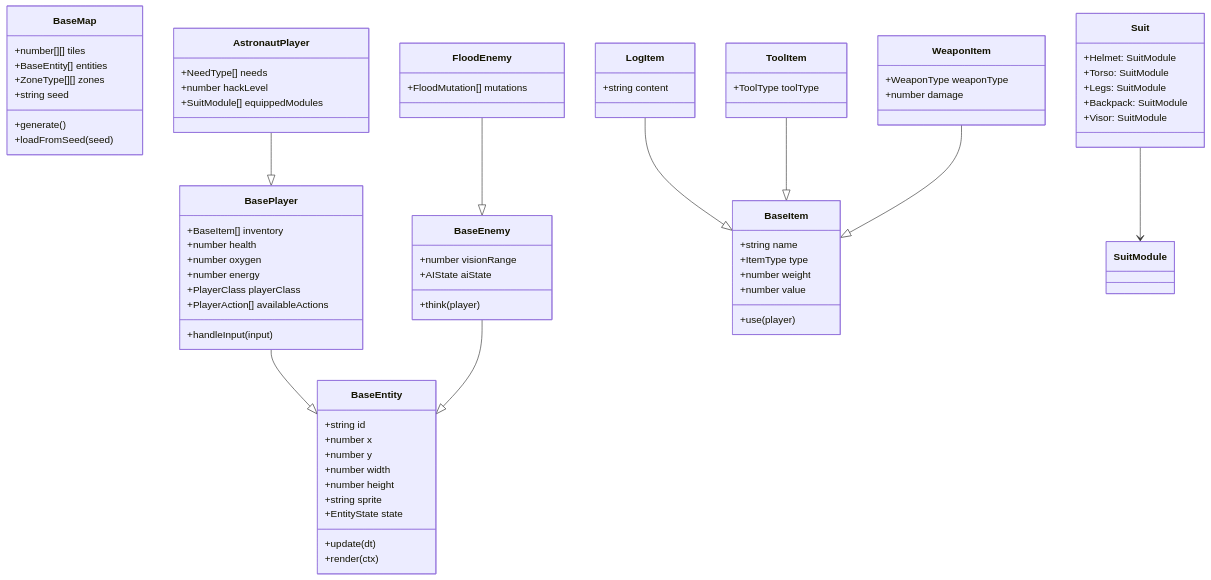
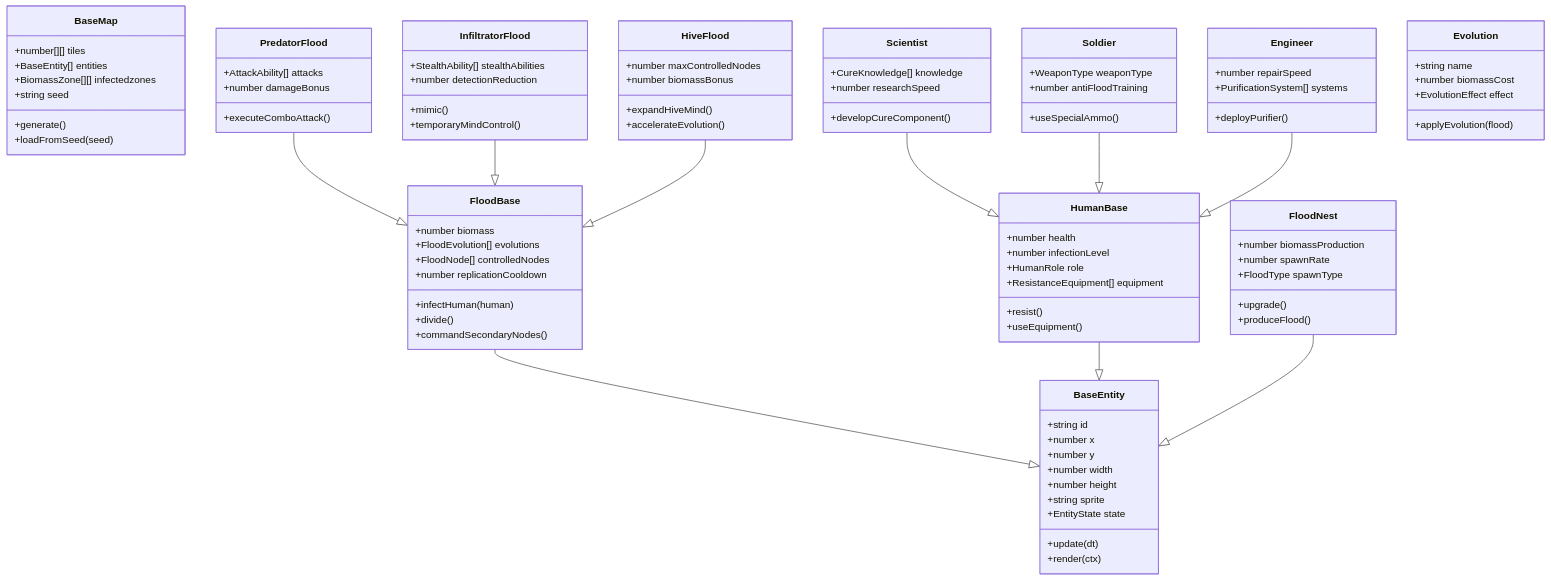
One commit to MAAN-STUDIOS/base-human-edition changed the first of 2 diagrams in README.md. Above: the diagram before and after it, drawn with Mermaid. The commit also changed other lines of this file and 1 other file, not shown here.

````diff
--- a/README.md
+++ b/README.md
@@ -370,5 +297,4 @@
 ```mermaid
-
 classDiagram
     class BaseEntity {
         +string id
@@ -382,79 +308,94 @@
         +render(ctx)
     }
 
-    class BasePlayer {
-        +BaseItem[] inventory
-        +number health
-        +number oxygen
-        +number energy
-        +PlayerClass playerClass
-        +PlayerAction[] availableActions
-        +handleInput(input)
+    class FloodBase {
+        +number biomass
+        +FloodEvolution[] evolutions
+        +FloodNode[] controlledNodes
+        +number replicationCooldown
+        +infectHuman(human)
+        +divide()
+        +commandSecondaryNodes()
     }
 
-    class BaseEnemy {
-        +number visionRange
-        +AIState aiState
-        +think(player)
+    class HumanBase {
+        +number health
+        +number infectionLevel
+        +HumanRole role
+        +ResistanceEquipment[] equipment
+        +resist()
+        +useEquipment()
     }
 
     class BaseMap {
         +number[][] tiles
         +BaseEntity[] entities
-        +ZoneType[][] zones
+        +BiomassZone[][] infectedzones
         +string seed
         +generate()
         +loadFromSeed(seed)
     }
 
-    class BaseItem {
-        +string name
-        +ItemType type
-        +number weight
-        +number value
-        +use(player)
+    class FloodNest {
+        +number biomassProduction
+        +number spawnRate
+        +FloodType spawnType
+        +upgrade()
+        +produceFlood()
     }
 
-    class AstronautPlayer {
-        +NeedType[] needs
-        +number hackLevel
-        +SuitModule[] equippedModules
+    class PredatorFlood {
+        +AttackAbility[] attacks
+        +number damageBonus
+        +executeComboAttack()
     }
 
-    class FloodEnemy {
-        +FloodMutation[] mutations
+    class InfiltratorFlood {
+        +StealthAbility[] stealthAbilities
+        +number detectionReduction
+        +mimic()
+        +temporaryMindControl()
     }
 
-    class LogItem {
-        +string content
+    class HiveFlood {
+        +number maxControlledNodes
+        +number biomassBonus
+        +expandHiveMind()
+        +accelerateEvolution()
     }
 
-    class ToolItem {
-        +ToolType toolType
+    class Scientist {
+        +CureKnowledge[] knowledge
+        +number researchSpeed
+        +developCureComponent()
     }
 
-    class WeaponItem {
+    class Soldier {
         +WeaponType weaponType
-        +number damage
+        +number antiFloodTraining
+        +useSpecialAmmo()
     }
 
-    class Suit {
-        +Helmet: SuitModule
-        +Torso: SuitModule
-        +Legs: SuitModule
-        +Backpack: SuitModule
-        +Visor: SuitModule
+    class Engineer {
+        +number repairSpeed
+        +PurificationSystem[] systems
+        +deployPurifier()
     }
 
-    class SuitModule {
+    class Evolution {
+        +string name
+        +number biomassCost
+        +EvolutionEffect effect
+        +applyEvolution(flood)
     }
 
-    BasePlayer --|> BaseEntity
-    BaseEnemy --|> BaseEntity
-    AstronautPlayer --|> BasePlayer
-    FloodEnemy --|> BaseEnemy
-    LogItem --|> BaseItem
-    ToolItem --|> BaseItem
-    WeaponItem --|> BaseItem
-    Suit --> SuitModule
+    FloodBase --|> BaseEntity
+    HumanBase --|> BaseEntity
+    FloodNest --|> BaseEntity
+    PredatorFlood --|> FloodBase
+    InfiltratorFlood --|> FloodBase
+    HiveFlood --|> FloodBase
+    Scientist --|> HumanBase
+    Soldier --|> HumanBase
+    Engineer --|> HumanBase
 ```
````
